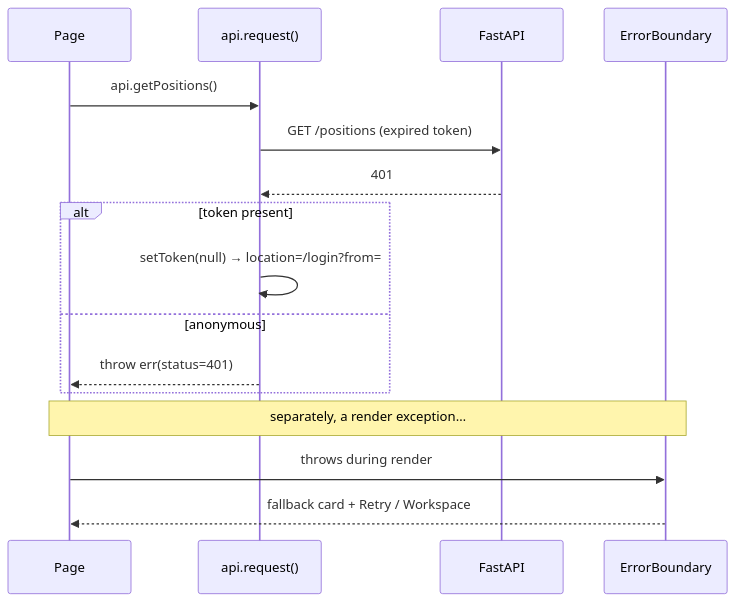
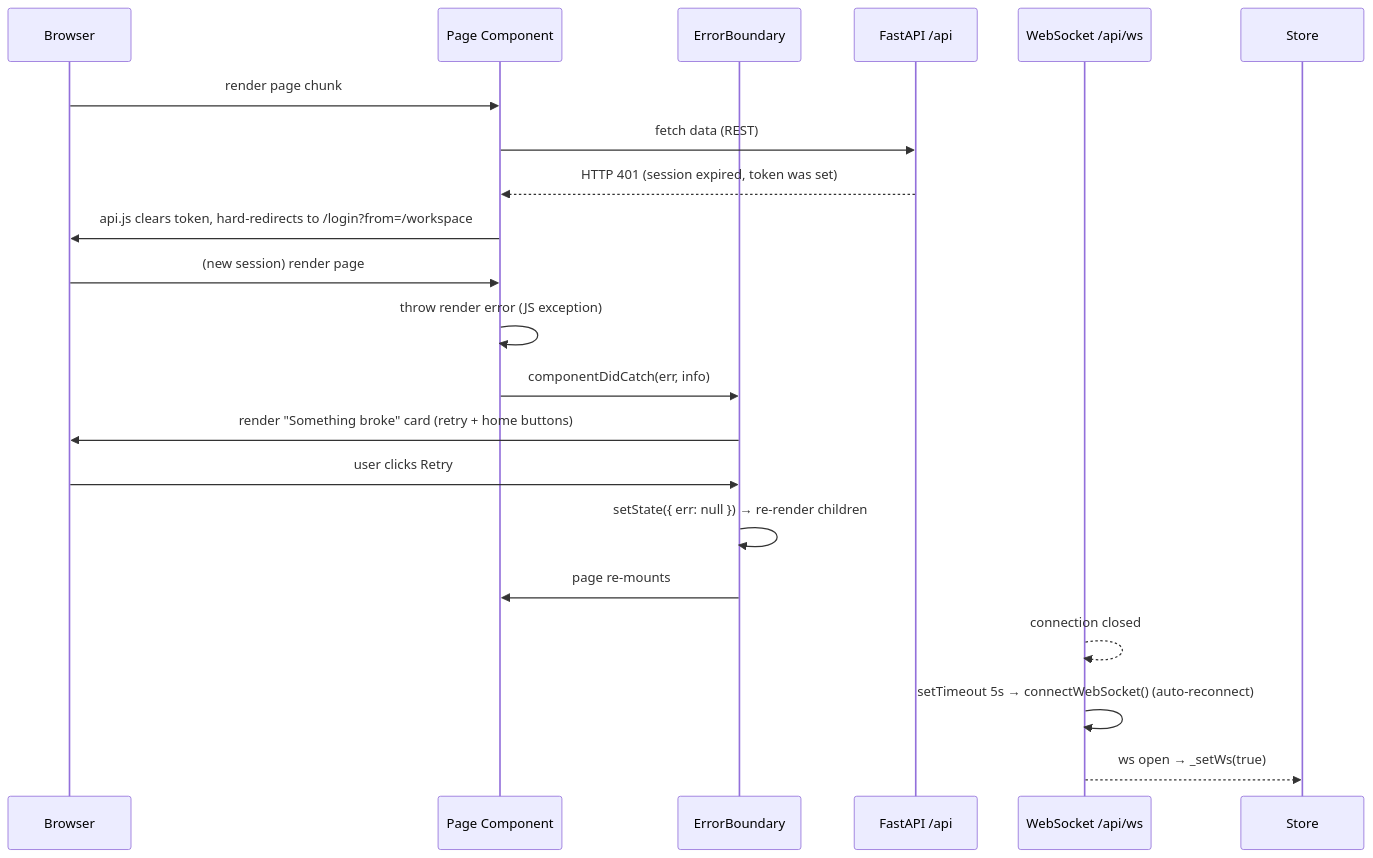
Before and after one commit to pratikbadlani02/lodestar: the second of 3 diagrams in docs/frontend-analysis/06-runtime-flows.md, drawn with Mermaid. The commit also changed other lines of this file and 12 other files, not shown here.

Commit message:
architecture documents

````diff
--- a/docs/frontend-analysis/06-runtime-flows.md
+++ b/docs/frontend-analysis/06-runtime-flows.md
@@ -40,18 +59,25 @@
 ```mermaid
 sequenceDiagram
-  participant UI as Page
-  participant API as api.request()
-  participant BE as FastAPI
-  participant EB as ErrorBoundary
-  UI->>API: api.getPositions()
-  API->>BE: GET /positions (expired token)
-  BE-->>API: 401
-  alt token present
-    API->>API: setToken(null) → location=/login?from=
-  else anonymous
-    API-->>UI: throw err(status=401)
-  end
-  Note over UI,EB: separately, a render exception…
-  UI->>EB: throws during render
-  EB-->>UI: fallback card + Retry / Workspace
+    participant Browser
+    participant Page as Page Component
+    participant EB as ErrorBoundary
+    participant API as FastAPI /api
+    participant WS as WebSocket /api/ws
+
+    Browser->>Page: render page chunk
+    Page->>API: fetch data (REST)
+    API-->>Page: HTTP 401 (session expired, token was set)
+    Page->>Browser: api.js clears token, hard-redirects to /login?from=/workspace
+
+    Browser->>Page: (new session) render page
+    Page->>Page: throw render error (JS exception)
+    Page->>EB: componentDidCatch(err, info)
+    EB->>Browser: render "Something broke" card (retry + home buttons)
+    Browser->>EB: user clicks Retry
+    EB->>EB: setState({ err: null }) → re-render children
+    EB->>Page: page re-mounts
+
+    WS-->>WS: connection closed
+    WS->>WS: setTimeout 5s → connectWebSocket() (auto-reconnect)
+    WS-->>Store: ws open → _setWs(true)
 ```
````
